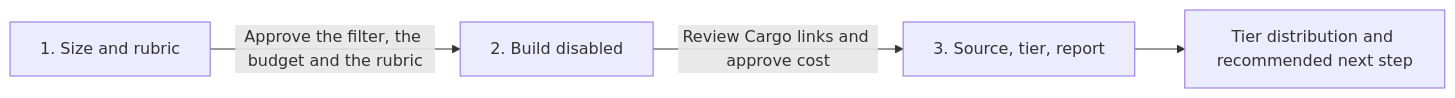
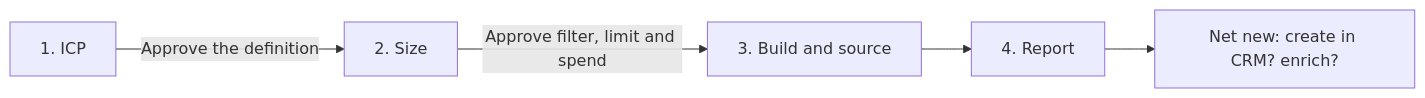
One commit to getcargohq/gtm-skills changed the diagram in tam-building/SKILL.md. Above: the diagram before and after it, drawn with Mermaid. The commit also changed other lines of this file and 21 other files, not shown here.

First line of the commit message:
tam-building: source the TAM and unify it with the CRM, drop tiering

````diff
--- a/tam-building/SKILL.md
+++ b/tam-building/SKILL.md
@@ -66,6 +60,7 @@
 ```mermaid
 flowchart LR
-  size["1. Size and rubric"] -->|"Approve the filter, the budget and the rubric"| build["2. Build disabled"]
-  build -->|"Review Cargo links and approve cost"| run["3. Source, tier, report"]
-  run --> report["Tier distribution and recommended next step"]
+  icp["1. ICP"] -->|"Approve the definition"| size["2. Size"]
+  size -->|"Approve filter, limit and spend"| build["3. Build and source"]
+  build --> report["4. Report"]
+  report --> next["Net new: create in CRM? enrich?"]
 ```
````
